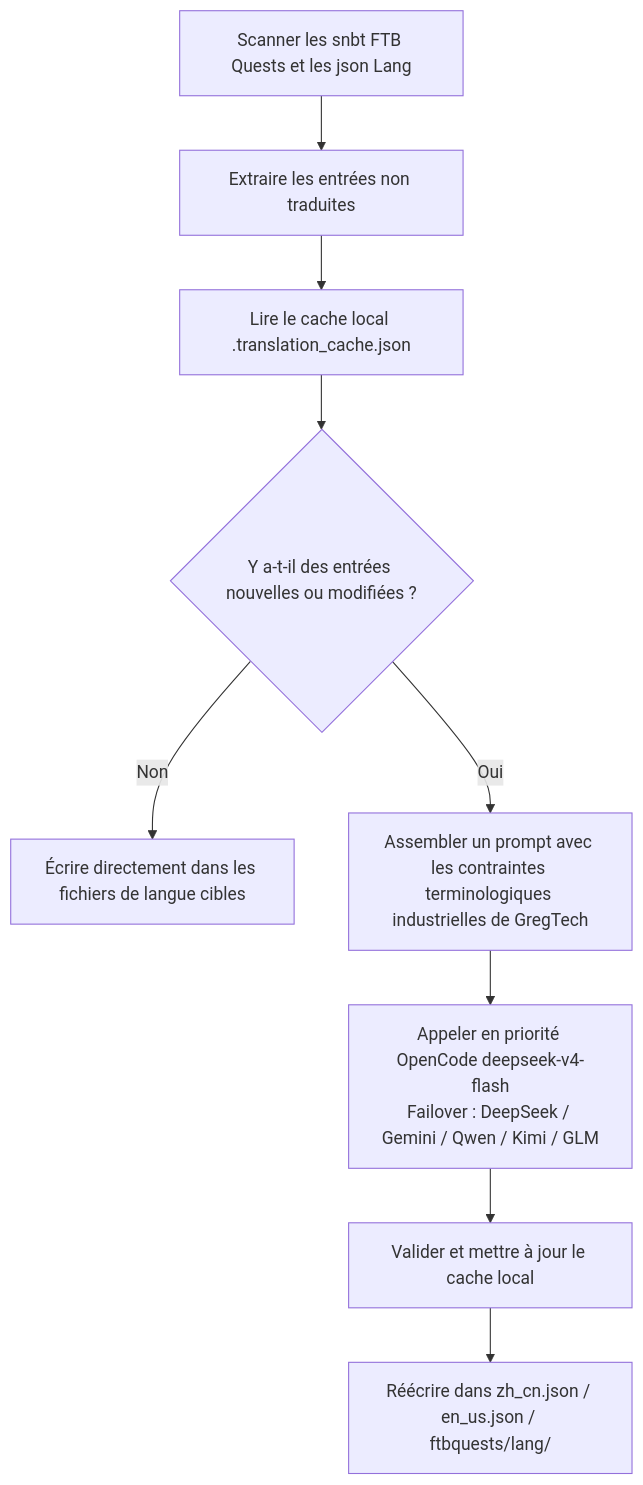
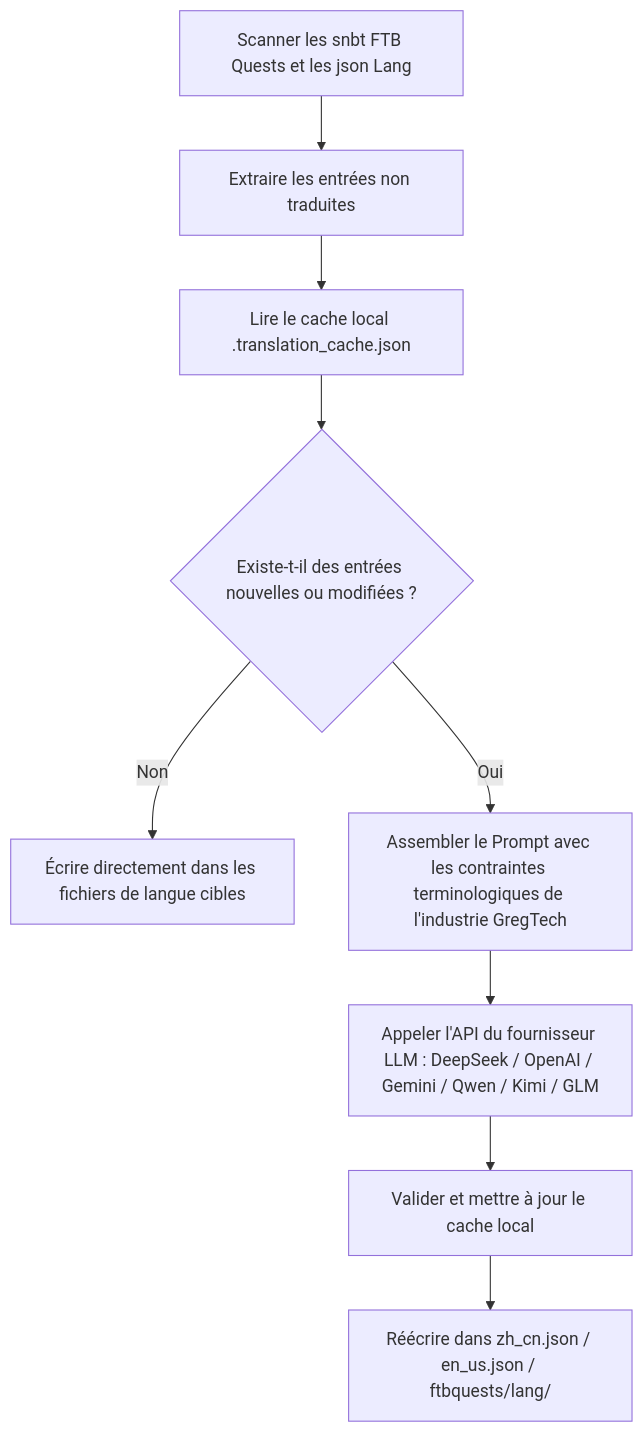
The diagram in docs/fr/ci-cd-and-translation/ai-translation.md (takanashisatou/GregtechEasy-Docs), drawn with Mermaid before and after one commit. The commit also changed other lines of this file and 8 other files, not shown here.

````diff
--- a/docs/fr/ci-cd-and-translation/ai-translation.md
+++ b/docs/fr/ci-cd-and-translation/ai-translation.md
@@ -27,11 +13,11 @@
 ```mermaid
 graph TD
     A[Scanner les snbt FTB Quests et les json Lang] --> B[Extraire les entrées non traduites]
     B --> C[Lire le cache local .translation_cache.json]
-    C --> D{Y a-t-il des entrées nouvelles ou modifiées ?}
+    C --> D{Existe-t-il des entrées nouvelles ou modifiées ?}
     D -- Non --> E[Écrire directement dans les fichiers de langue cibles]
-    D -- Oui --> F[Assembler un prompt avec les contraintes terminologiques industrielles de GregTech]
-    F --> G["Appeler en priorité OpenCode deepseek-v4-flash<br/>Failover : DeepSeek / Gemini / Qwen / Kimi / GLM"]
+    D -- Oui --> F[Assembler le Prompt avec les contraintes terminologiques de l'industrie GregTech]
+    F --> G[Appeler l'API du fournisseur LLM : DeepSeek / OpenAI / Gemini / Qwen / Kimi / GLM]
     G --> H[Valider et mettre à jour le cache local]
     H --> I[Réécrire dans zh_cn.json / en_us.json / ftbquests/lang/]
 ```
````
